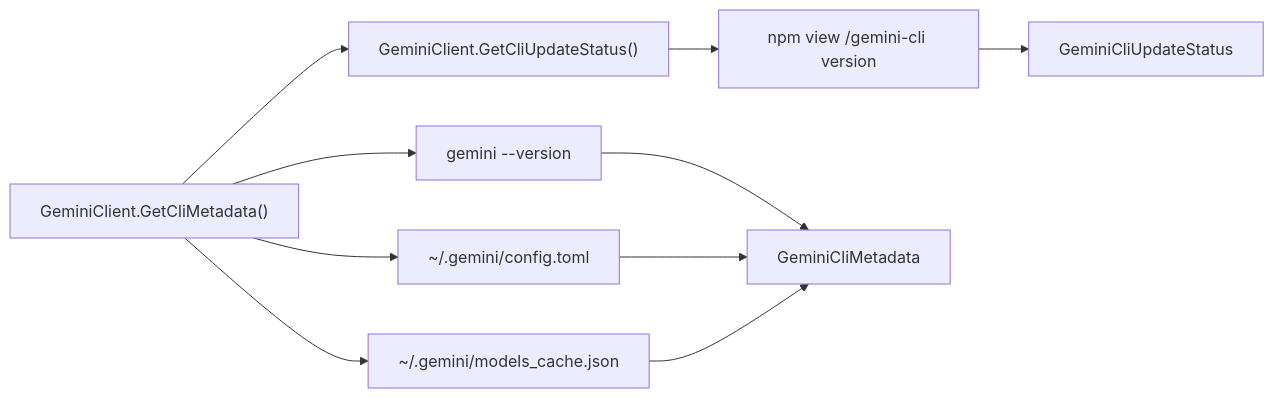
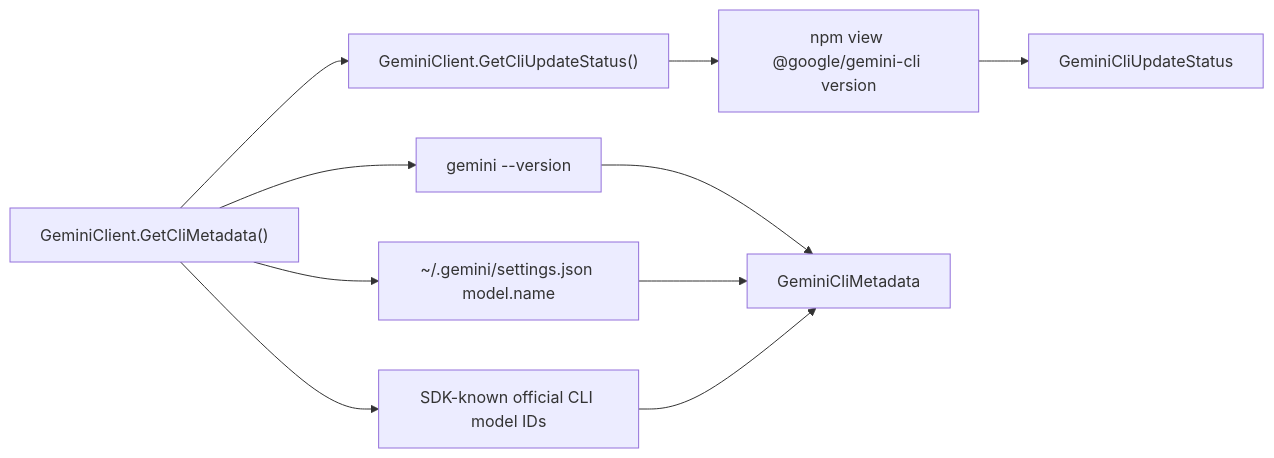
Before and after one commit to managedcode/GeminiSharpSDK: the diagram in docs/Features/cli-metadata.md, drawn with Mermaid. The commit also changed other lines of this file and 13 other files, not shown here.

Commit message:
fix: bound Gemini CLI metadata probes

````diff
--- a/docs/Features/cli-metadata.md
+++ b/docs/Features/cli-metadata.md
@@ -55,12 +57,12 @@
 ```mermaid
 flowchart LR
   Client["GeminiClient.GetCliMetadata()"] --> Version["gemini --version"]
   Client --> Update["GeminiClient.GetCliUpdateStatus()"]
-  Client --> Config["~/.gemini/config.toml"]
-  Client --> Cache["~/.gemini/models_cache.json"]
-  Update --> Npm["npm view /gemini-cli version"]
+  Client --> Config["~/.gemini/settings.json model.name"]
+  Client --> Catalog["SDK-known official CLI model IDs"]
+  Update --> Npm["npm view @google/gemini-cli version"]
   Version --> Metadata["GeminiCliMetadata"]
   Npm --> UpdateStatus["GeminiCliUpdateStatus"]
   Config --> Metadata
-  Cache --> Metadata
+  Catalog --> Metadata
 ```
````
